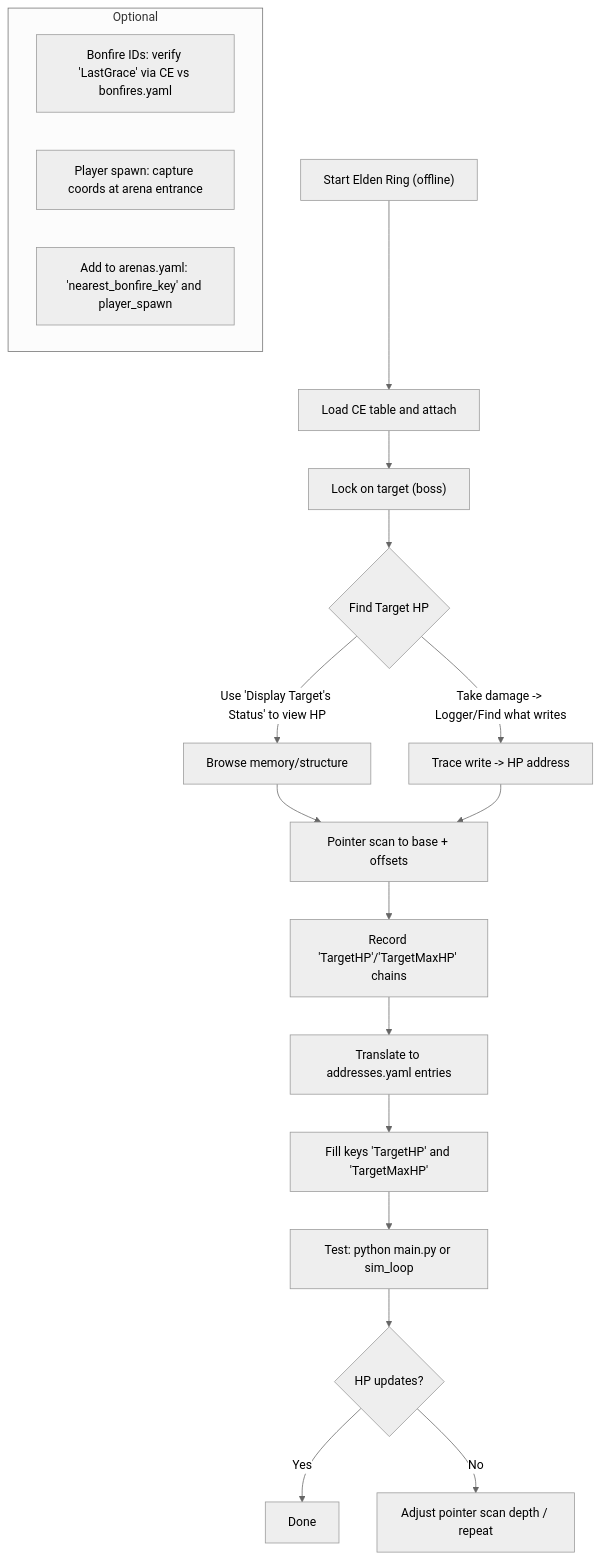
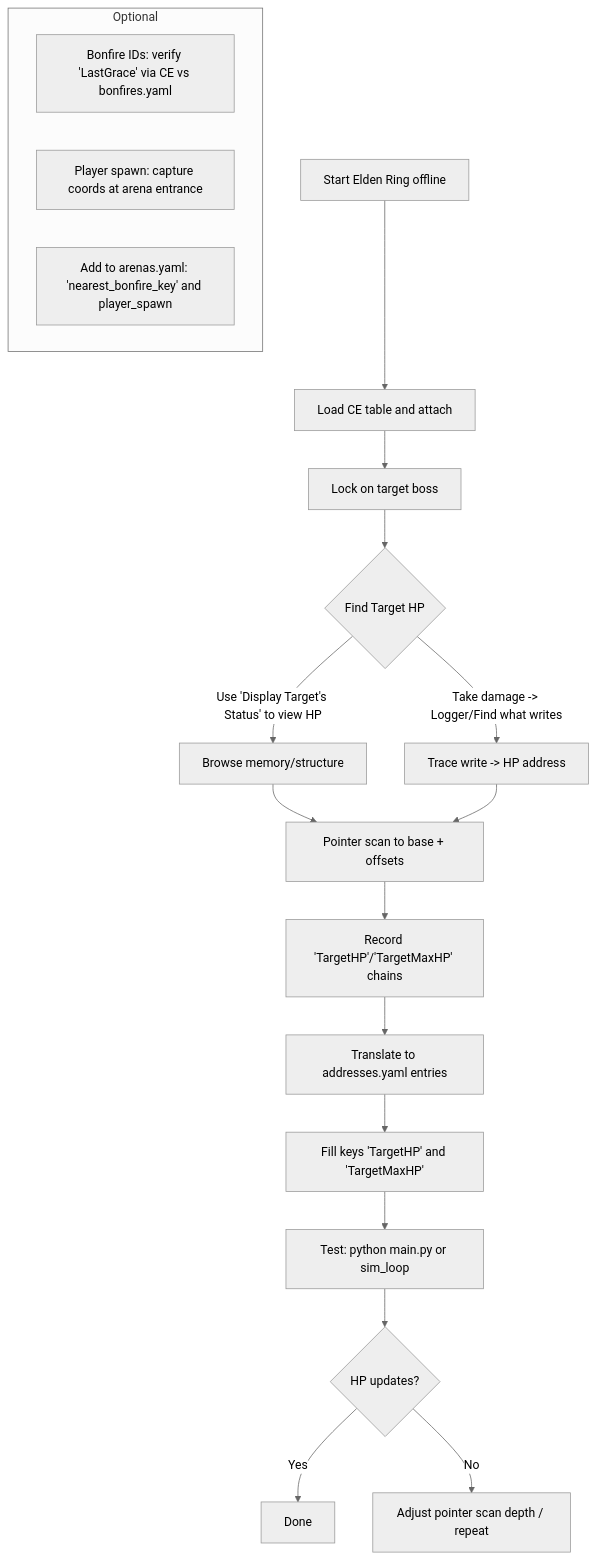
The diagram in docs/cheat-engine-address-workflow.md (flannequal/internal_eldenRL), drawn with Mermaid (neutral theme) before and after one commit. The commit also changed 5 other files, not shown here.

````diff
--- a/docs/cheat-engine-address-workflow.md
+++ b/docs/cheat-engine-address-workflow.md
@@ -13,22 +13,22 @@
 ```mermaid
 flowchart TD
-  A["Start Elden Ring (offline)"] --> B["Load CE table and attach"]
-  B --> C["Lock on target (boss)"]
+  A["Start Elden Ring offline"] --> B["Load CE table and attach"]
+  B --> C["Lock on target boss"]
   C --> D{"Find Target HP"}
   D -->|"Use 'Display Target's Status' to view HP"| E["Browse memory/structure"]
   D -->|"Take damage -> Logger/Find what writes"| F["Trace write -> HP address"]
   E --> G["Pointer scan to base + offsets"]
   F --> G
   G --> H["Record 'TargetHP'/'TargetMaxHP' chains"]
   H --> I["Translate to addresses.yaml entries"]
   I --> J["Fill keys 'TargetHP' and 'TargetMaxHP'"]
   J --> K["Test: python main.py or sim_loop"]
   K --> L{"HP updates?"}
   L -->|"Yes"| M["Done"]
   L -->|"No"| N["Adjust pointer scan depth / repeat"]
   subgraph "Optional"
     O1["Bonfire IDs: verify 'LastGrace' via CE vs bonfires.yaml"]
     O2["Player spawn: capture coords at arena entrance"]
     O3["Add to arenas.yaml: 'nearest_bonfire_key' and player_spawn"]
   end
 ```
````
